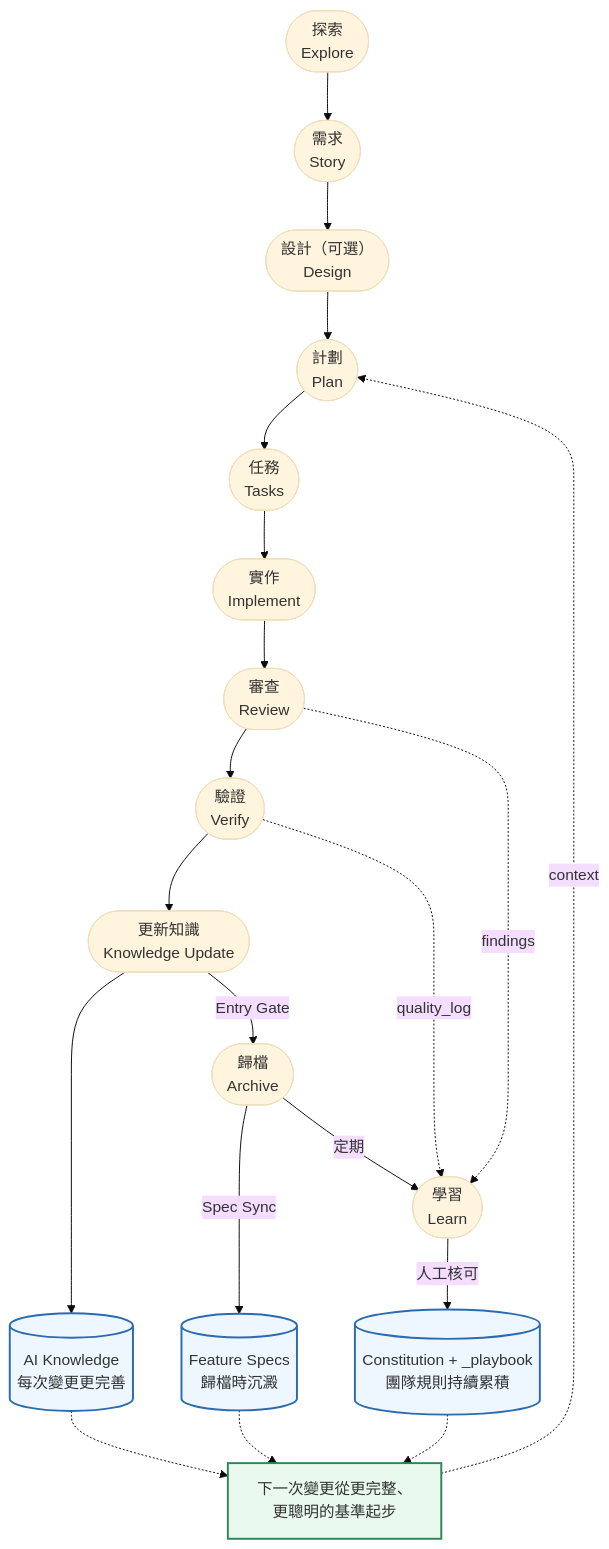
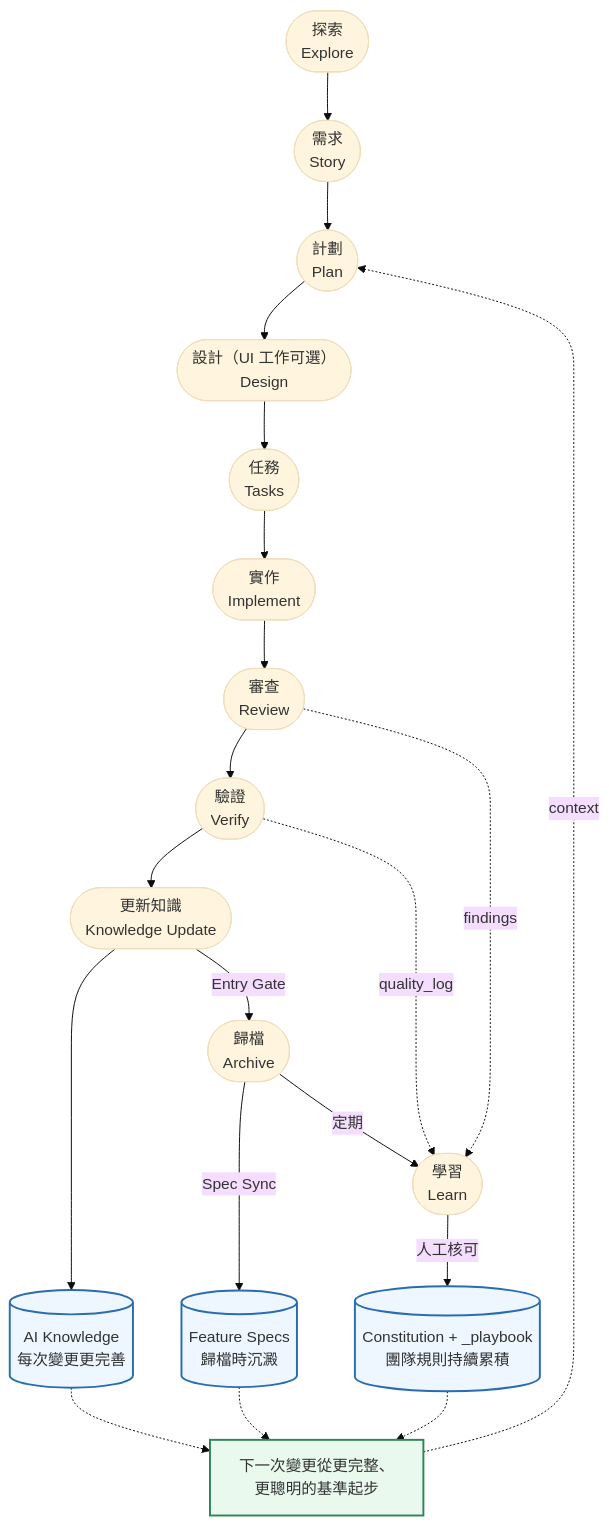
One commit to benwu95/prospec changed the first of 2 diagrams in README.zh-TW.md. Above: the diagram before and after it, drawn with Mermaid (base theme). The commit also changed other lines of this file and 15 other files, not shown here.

````diff
--- a/README.zh-TW.md
+++ b/README.zh-TW.md
@@ -352,21 +385,21 @@
 ```mermaid
 flowchart TD
-    E([探索<br/>Explore]) --> S([需求<br/>Story]) --> D(["設計（可選）<br/>Design"]) --> P([計劃<br/>Plan]) --> T([任務<br/>Tasks]) --> I([實作<br/>Implement]) --> R([審查<br/>Review]) --> V([驗證<br/>Verify]) --> KU([更新知識<br/>Knowledge Update]) -- Entry Gate --> A([歸檔<br/>Archive]) -- 定期 --> L([學習<br/>Learn])
+    E([探索<br/>Explore]) --> S([需求<br/>Story]) --> P([計劃<br/>Plan]) --> D(["設計（UI 工作可選）<br/>Design"]) --> T([任務<br/>Tasks]) --> I([實作<br/>Implement]) --> R([審查<br/>Review]) --> V([驗證<br/>Verify]) --> KU([更新知識<br/>Knowledge Update]) -- Entry Gate --> A([歸檔<br/>Archive]) -- 定期 --> L([學習<br/>Learn])
 
     V -. quality_log .-> L
     R -. findings .-> L
     L -- 人工核可 --> RULES[("Constitution + _playbook<br/>團隊規則持續累積")]
 
     KU --> AK[("AI Knowledge<br/>每次變更更完善")]
     A -- Spec Sync --> FS[("Feature Specs<br/>歸檔時沉澱")]
 
     AK -.-> NEXT["下一次變更從更完整、<br/>更聰明的基準起步"]
     FS -.-> NEXT
     RULES -.-> NEXT
     NEXT -. context .-> P
 
     classDef asset fill:#eef7ff,stroke:#2b6cb0,stroke-width:2px;
     classDef gain fill:#e9f9ee,stroke:#2f855a,stroke-width:2px;
     class AK,FS,RULES asset;
     class NEXT gain;
 ```
````
